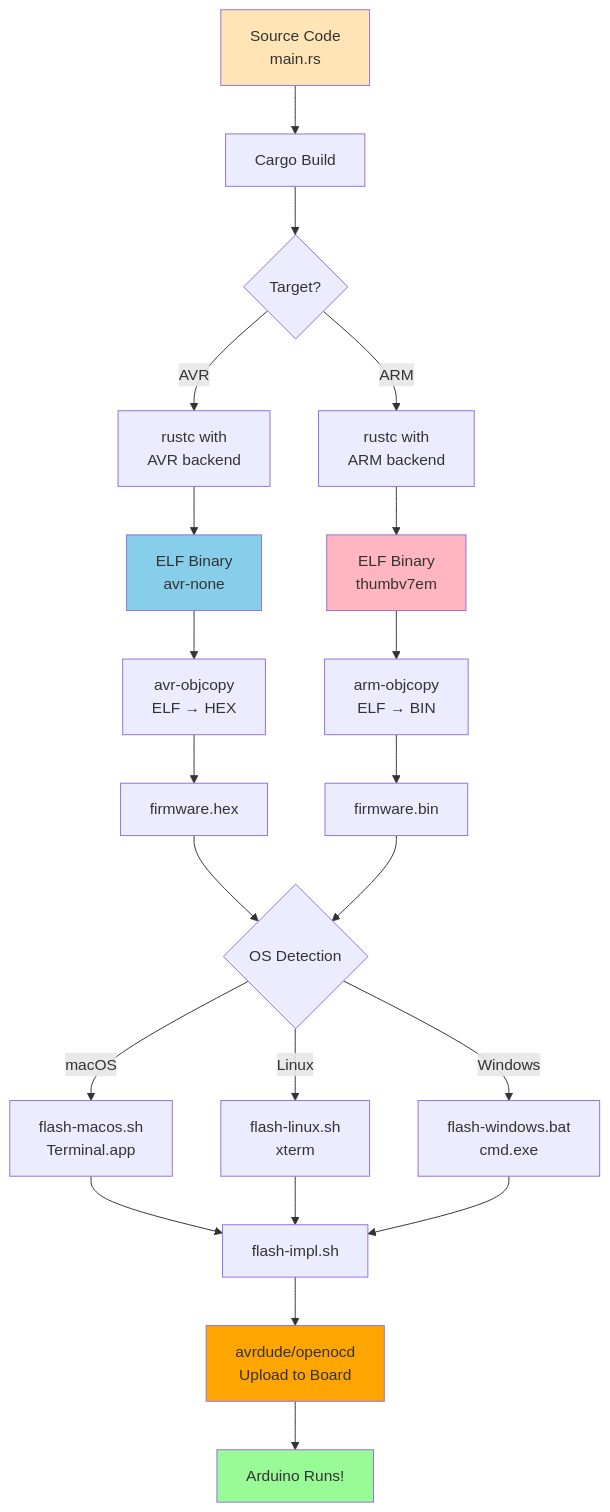
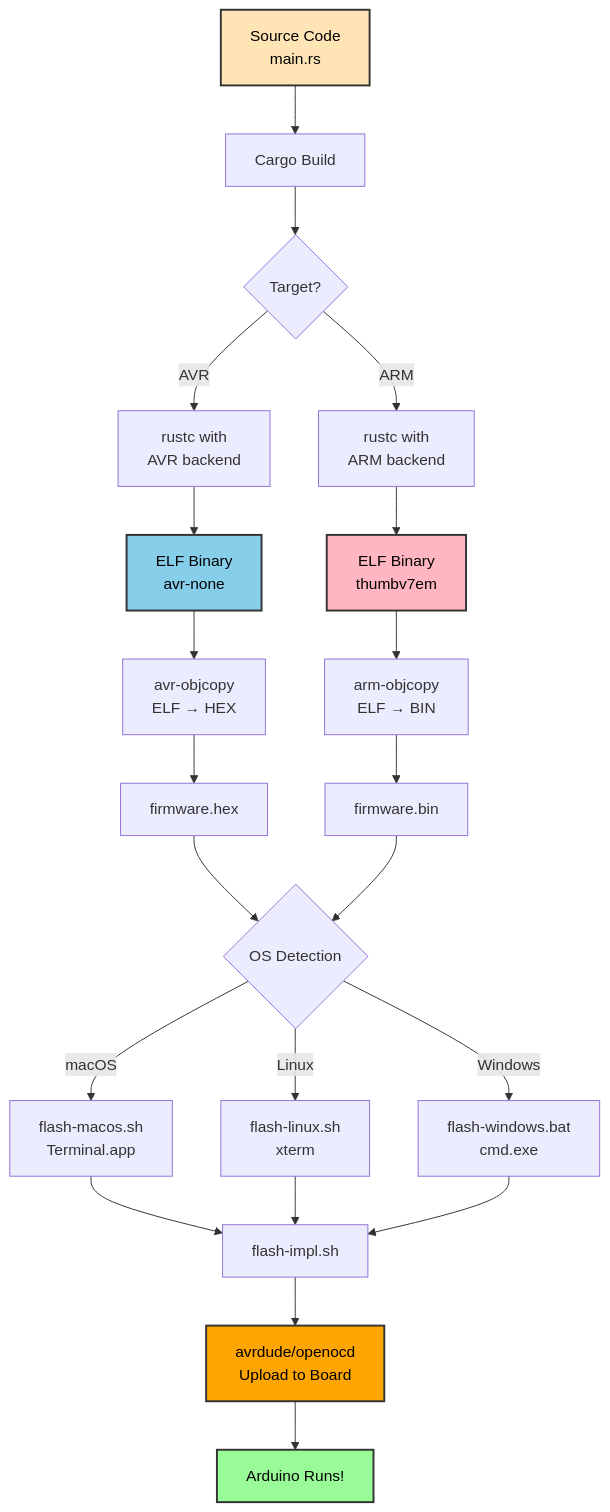
One commit to ScopeCreep-zip/ossidata changed the fourth of 11 diagrams in docs/ARCHITECTURE.md. Above: the diagram before and after it, drawn with Mermaid. The commit also changed other lines of this file and 4 other files, not shown here.

Commit message:
Update to mermaid diagrams to be more readable

````diff
--- a/docs/ARCHITECTURE.md
+++ b/docs/ARCHITECTURE.md
@@ -326,39 +326,39 @@
 ```mermaid
 flowchart TD
     A[Source Code<br/>main.rs] --> B[Cargo Build]
 
     B --> C{Target?}
 
     C -->|AVR| D[rustc with<br/>AVR backend]
     C -->|ARM| E[rustc with<br/>ARM backend]
 
     D --> F[ELF Binary<br/>avr-none]
     E --> G[ELF Binary<br/>thumbv7em]
 
     F --> H[avr-objcopy<br/>ELF → HEX]
     G --> I[arm-objcopy<br/>ELF → BIN]
 
     H --> J[firmware.hex]
     I --> K[firmware.bin]
 
     J --> L{OS Detection}
     K --> L
 
     L -->|macOS| M[flash-macos.sh<br/>Terminal.app]
     L -->|Linux| N[flash-linux.sh<br/>xterm]
     L -->|Windows| O[flash-windows.bat<br/>cmd.exe]
 
     M --> P[flash-impl.sh]
     N --> P
     O --> P
 
     P --> Q[avrdude/openocd<br/>Upload to Board]
 
     Q --> R[Arduino Runs!]
 
-    style A fill:#FFE4B5
-    style F fill:#87CEEB
-    style G fill:#FFB6C1
-    style R fill:#98FB98
-    style Q fill:#FFA500
+    style A fill:#FFE4B5,stroke:#333,stroke-width:2px,color:#000
+    style F fill:#87CEEB,stroke:#333,stroke-width:2px,color:#000
+    style G fill:#FFB6C1,stroke:#333,stroke-width:2px,color:#000
+    style R fill:#98FB98,stroke:#333,stroke-width:2px,color:#000
+    style Q fill:#FFA500,stroke:#333,stroke-width:2px,color:#000
 ```
````
